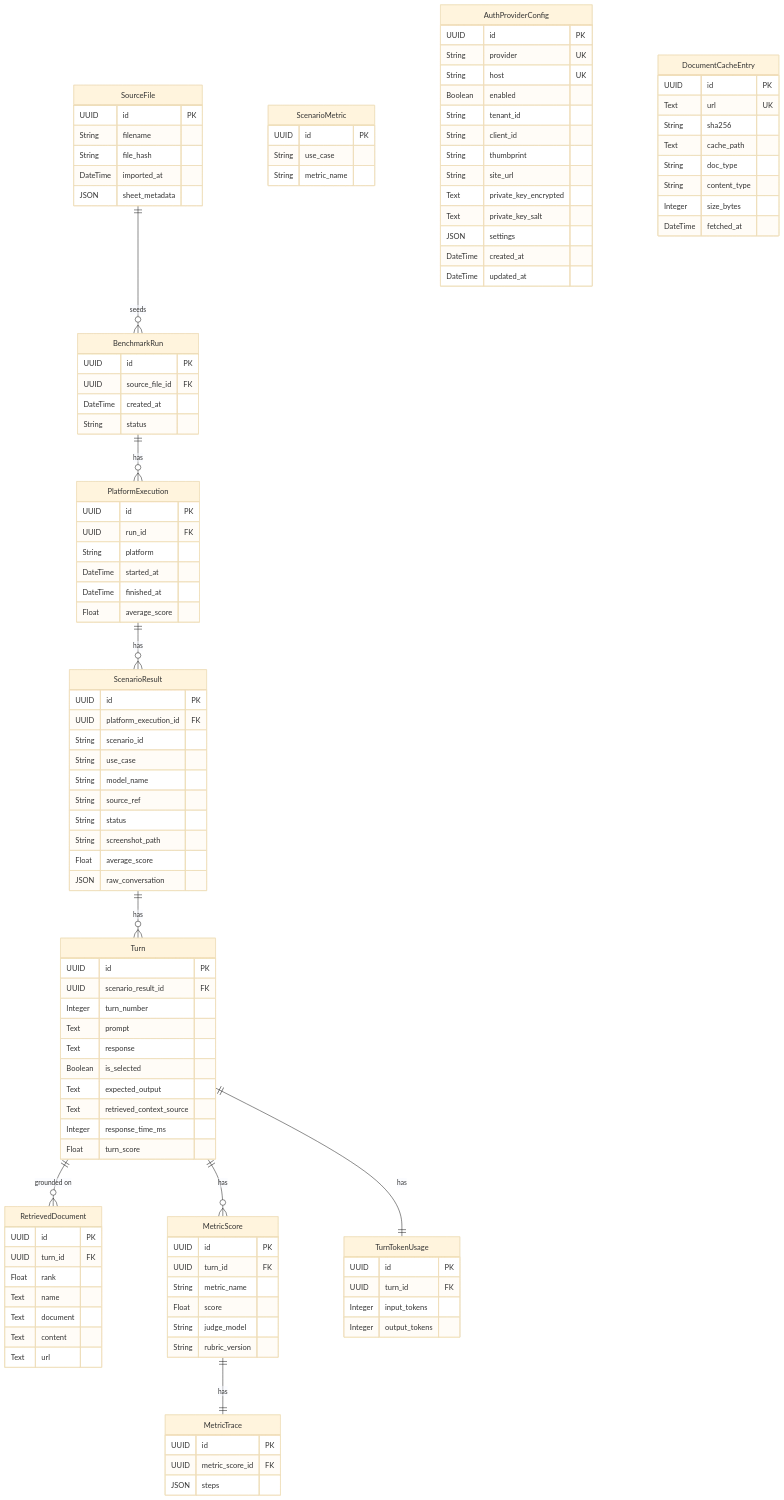
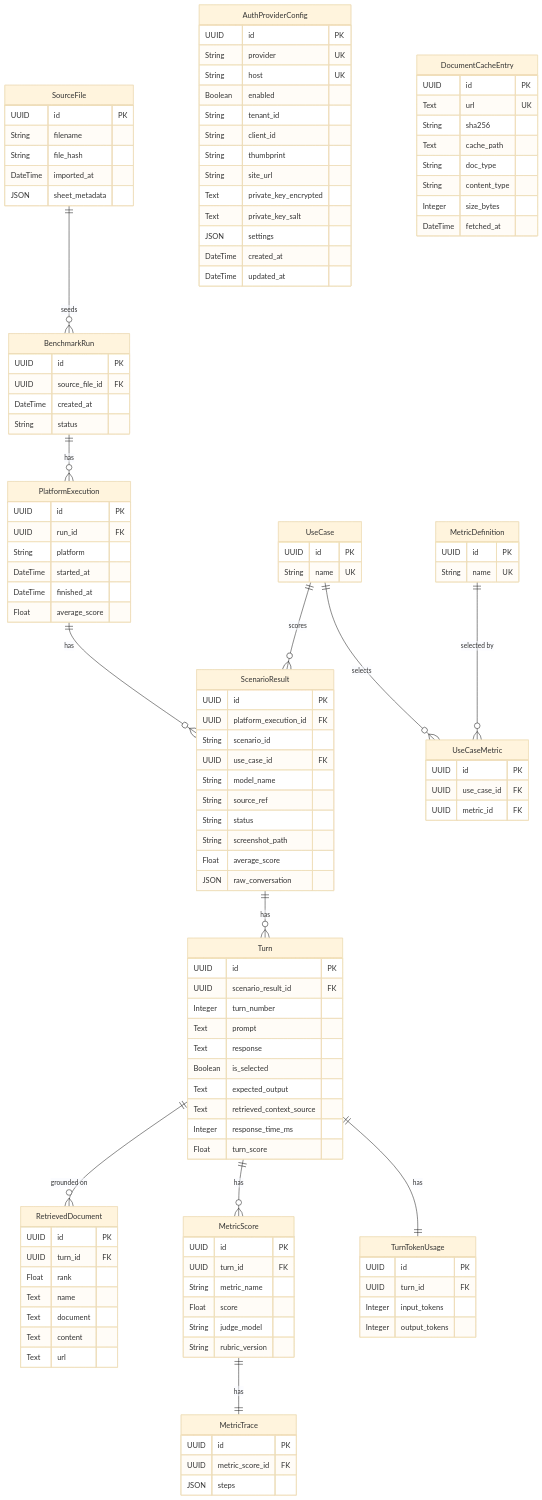
Before and after one commit to jmanuelc87/scorekeeper: the diagram in docs/data-model.md, drawn with Mermaid (base theme). The commit also changed other lines of this file and 36 other files, not shown here.

````diff
--- a/docs/data-model.md
+++ b/docs/data-model.md
@@ -69,7 +78,7 @@
         UUID id PK
         UUID platform_execution_id FK
         String scenario_id
-        String use_case
+        UUID use_case_id FK
         String model_name
         String source_ref
         String status
@@ -123,10 +132,20 @@
         Integer output_tokens
     }
 
-    ScenarioMetric {
+    UseCase {
         UUID id PK
-        String use_case
-        String metric_name
+        String name UK
+    }
+
+    MetricDefinition {
+        UUID id PK
+        String name UK
+    }
+
+    UseCaseMetric {
+        UUID id PK
+        UUID use_case_id FK
+        UUID metric_id FK
     }
 
     AuthProviderConfig {
@@ -164,4 +183,7 @@
     Turn ||--o{ MetricScore : "has"
     Turn ||--|| TurnTokenUsage : "has"
     MetricScore ||--|| MetricTrace : "has"
+    UseCase ||--o{ ScenarioResult : "scores"
+    UseCase ||--o{ UseCaseMetric : "selects"
+    MetricDefinition ||--o{ UseCaseMetric : "selected by"
 ```
````
